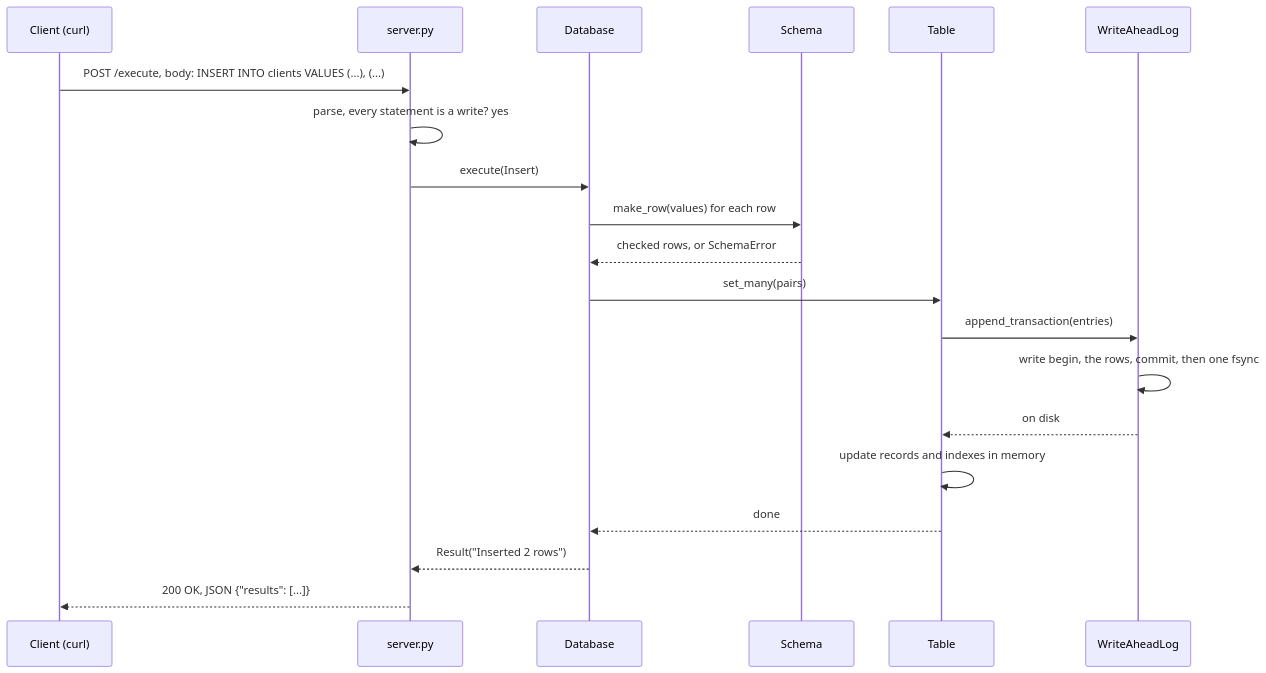
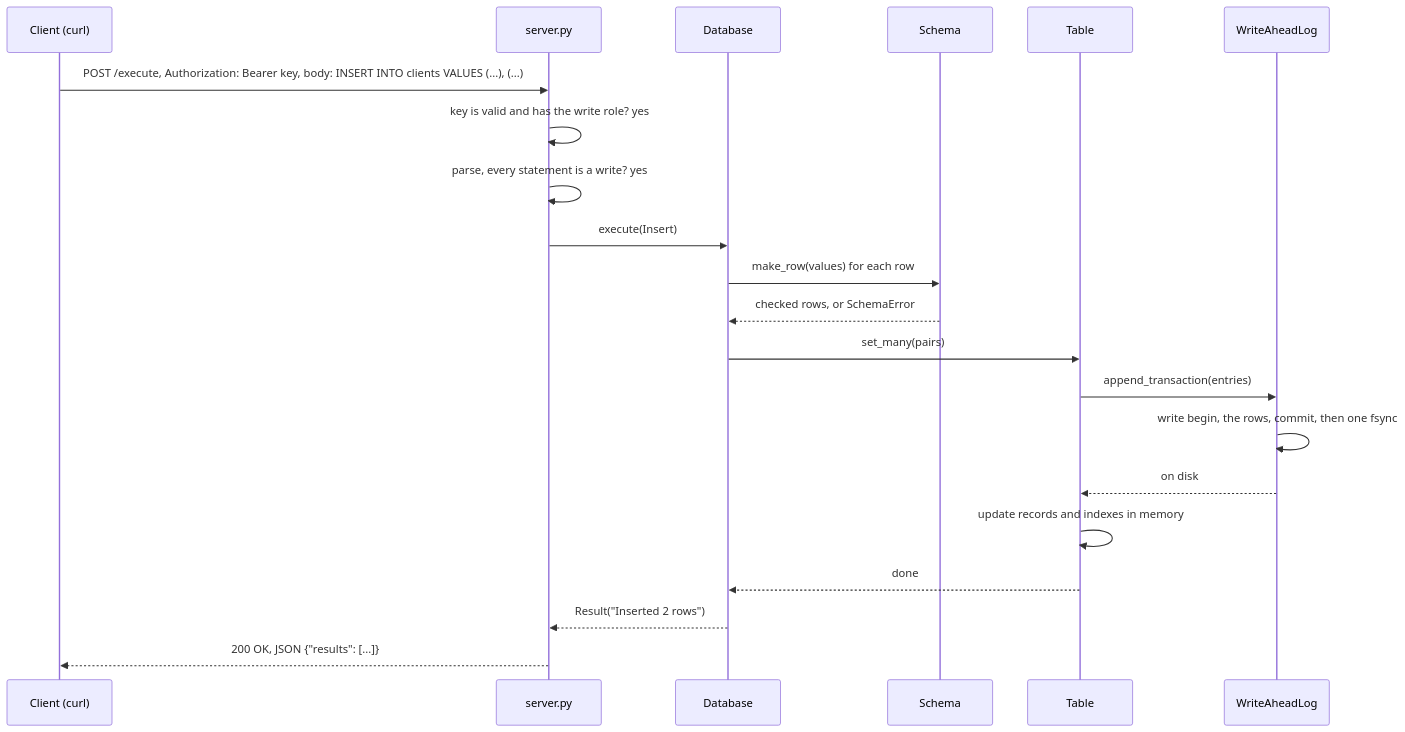
Before and after one commit to Navalene/tinydb: the fourth of 5 diagrams in docs/architecture.md, drawn with Mermaid. The commit also changed other lines of this file and 21 other files, not shown here.

````diff
--- a/docs/architecture.md
+++ b/docs/architecture.md
@@ -170,23 +173,24 @@
 ```mermaid
 sequenceDiagram
     participant C as Client (curl)
     participant H as server.py
     participant D as Database
     participant S as Schema
     participant T as Table
     participant W as WriteAheadLog
 
-    C->>H: POST /execute, body: INSERT INTO clients VALUES (...), (...)
+    C->>H: POST /execute, Authorization: Bearer key, body: INSERT INTO clients VALUES (...), (...)
+    H->>H: key is valid and has the write role? yes
     H->>H: parse, every statement is a write? yes
     H->>D: execute(Insert)
     D->>S: make_row(values) for each row
     S-->>D: checked rows, or SchemaError
     D->>T: set_many(pairs)
     T->>W: append_transaction(entries)
     W->>W: write begin, the rows, commit, then one fsync
     W-->>T: on disk
     T->>T: update records and indexes in memory
     T-->>D: done
     D-->>H: Result("Inserted 2 rows")
     H-->>C: 200 OK, JSON {"results": [...]}
 ```
````
